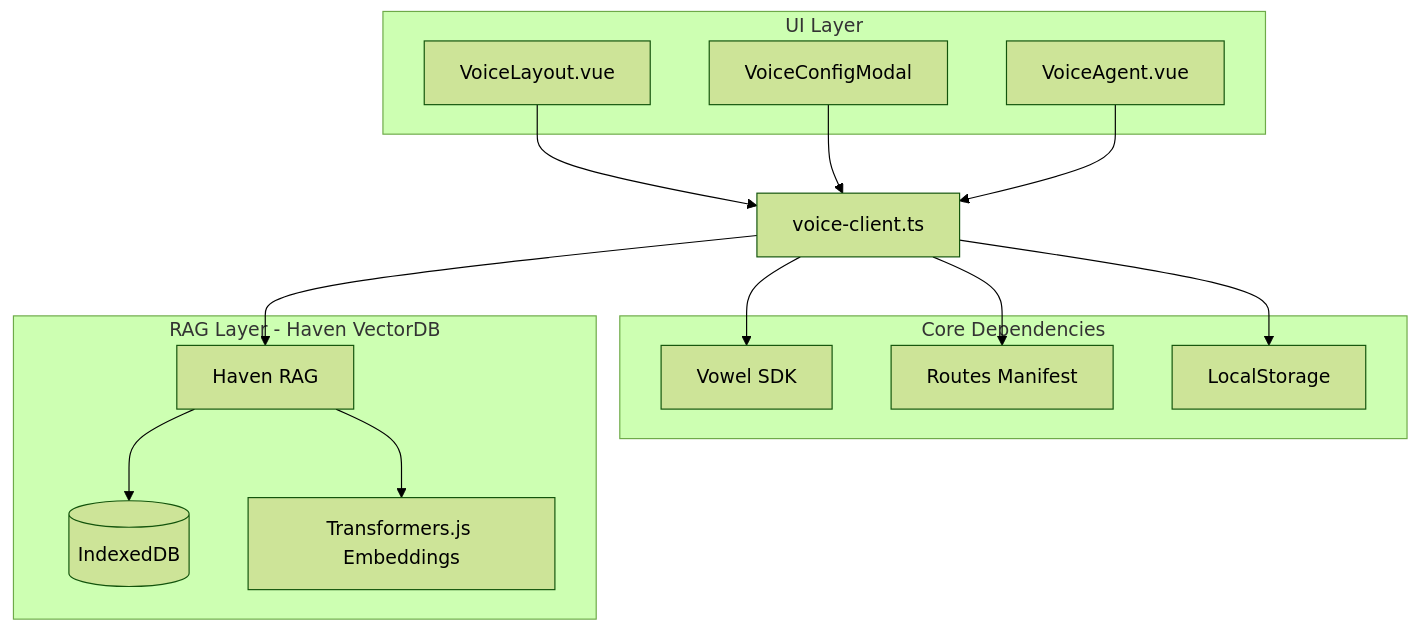
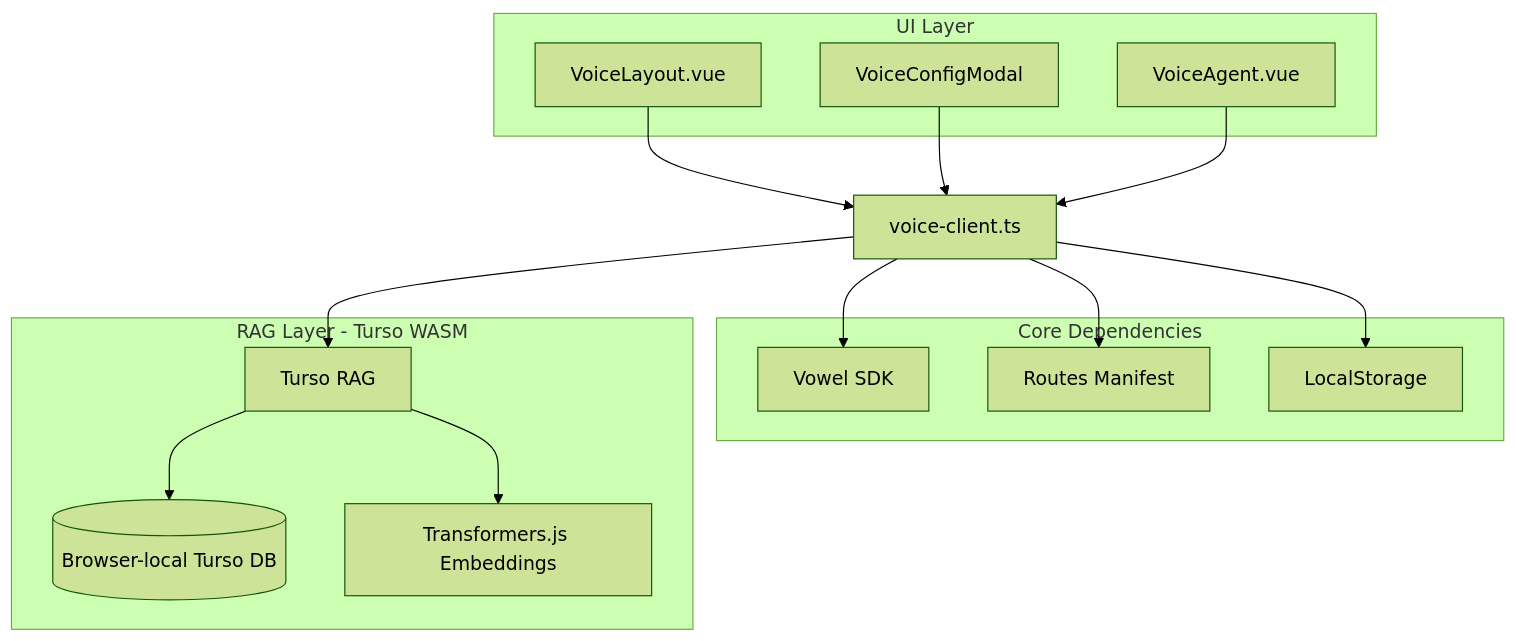
The diagram in voweldocs/architecture.md (usevowel/docs), drawn with Mermaid (forest theme) before and after one commit. The commit also changed other lines of this file and 56 other files, not shown here.

First line of the commit message:
feat: add Turso browser-based RAG with prebuilt embeddings (squashed)

````diff
--- a/voweldocs/architecture.md
+++ b/voweldocs/architecture.md
@@ -5,30 +5,30 @@
 ```mermaid
 flowchart TB
     VL[VoiceLayout.vue] --> VC[voice-client.ts]
     VCM[VoiceConfigModal] --> VC
     VA[VoiceAgent.vue] --> VC
     VC --> SDKSDK
     VC --> RM
     VC --> LS
-    VC --> RAG[Haven RAG]
+    VC --> RAG[Turso RAG]
 
     subgraph UI[UI Layer]
         VL
         VCM
         VA
     end
 
     subgraph Deps[Core Dependencies]
         SDKSDK[Vowel SDK]
         RM[Routes Manifest]
         LS[LocalStorage]
     end
 
-    subgraph RAGLayer[RAG Layer - Haven VectorDB]
+    subgraph RAGLayer[RAG Layer - Turso WASM]
         RAG
-        DB[(IndexedDB)]
+        DB[(Browser-local Turso DB)]
         EMB[Transformers.js Embeddings]
         RAG --> DB
         RAG --> EMB
     end
 ```
````
